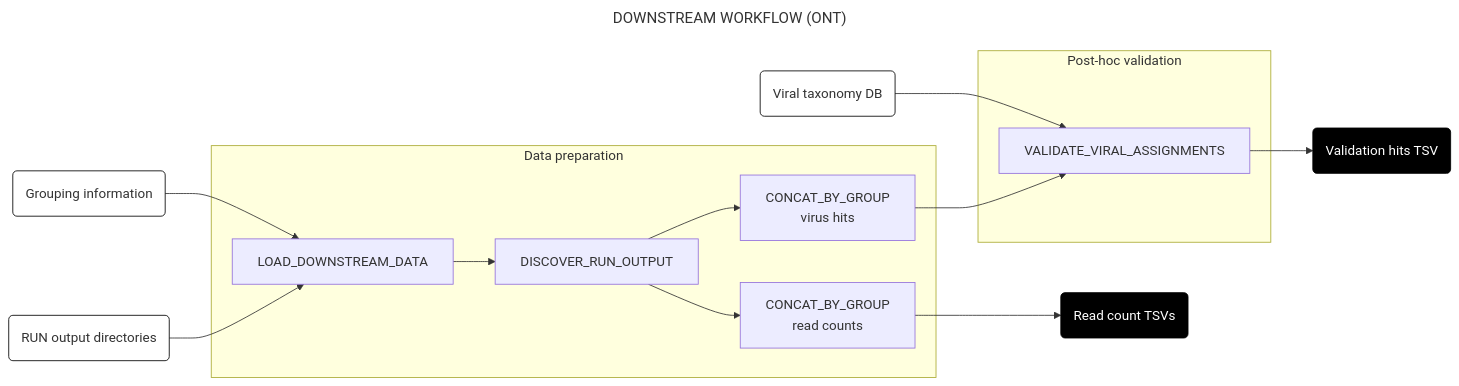
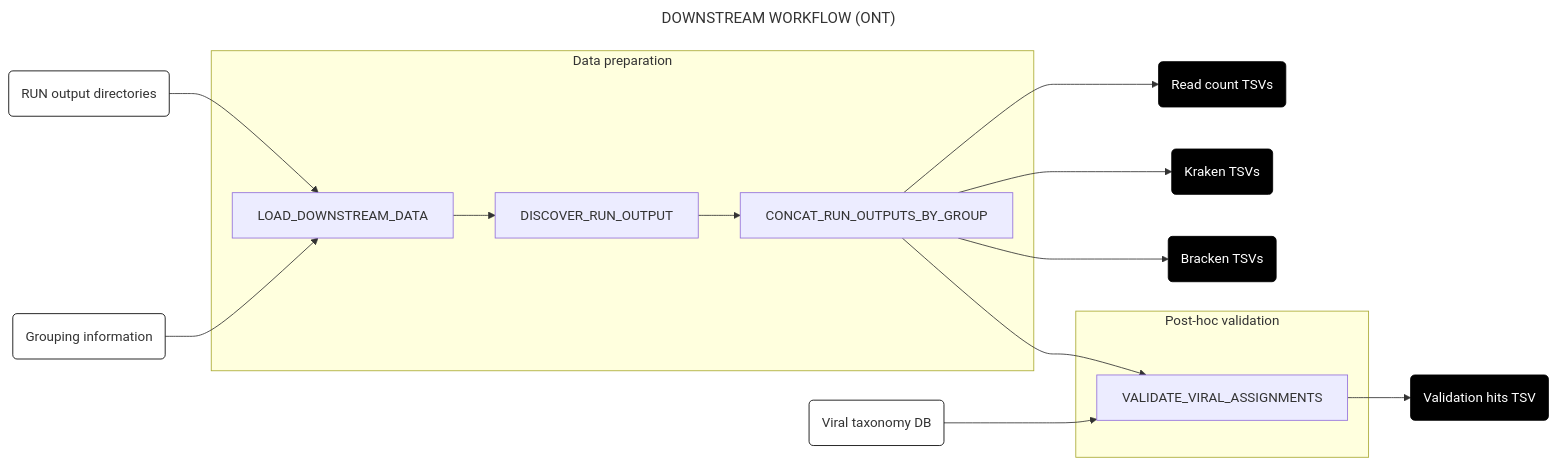
Before and after one commit to securebio/nao-mgs-workflow: the second of 10 diagrams in docs/downstream.md, drawn with Mermaid. The commit also changed other lines of this file and 14 other files, not shown here.

First line of the commit message:
Add group-level Kraken and Bracken outputs to DOWNSTREAM (#660)

````diff
--- a/docs/downstream.md
+++ b/docs/downstream.md
@@ -63,30 +65,32 @@
 ```mermaid
 ---
 title: DOWNSTREAM WORKFLOW (ONT)
 config:
   layout: horizontal
 ---
 flowchart LR
 A(RUN output directories) & B(Grouping information) --> C[LOAD_DOWNSTREAM_DATA]
 C --> N[DISCOVER_RUN_OUTPUT]
-N --> D[CONCAT_BY_GROUP<br>virus hits]
-N --> R[CONCAT_BY_GROUP<br>read counts]
-R --> S(Read count TSVs)
-D --> F[VALIDATE_VIRAL_ASSIGNMENTS]
+N --> O[CONCAT_RUN_OUTPUTS_BY_GROUP]
+O --> S(Read count TSVs)
+O --> KR(Kraken TSVs)
+O --> BR(Bracken TSVs)
+O --> F[VALIDATE_VIRAL_ASSIGNMENTS]
 G(Viral taxonomy DB) --> F
 F --> H(Validation hits TSV)
 subgraph "Data preparation"
 C
 N
-D
-R
+O
 end
 subgraph "Post-hoc validation"
 F
 end
 style A fill:#fff,stroke:#000
 style B fill:#fff,stroke:#000
 style G fill:#fff,stroke:#000
 style H fill:#000,color:#fff,stroke:#000
 style S fill:#000,color:#fff,stroke:#000
+style KR fill:#000,color:#fff,stroke:#000
+style BR fill:#000,color:#fff,stroke:#000
 ```
````
